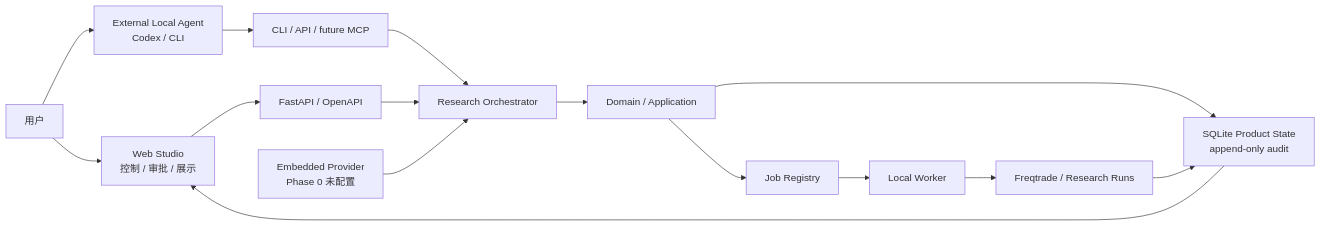
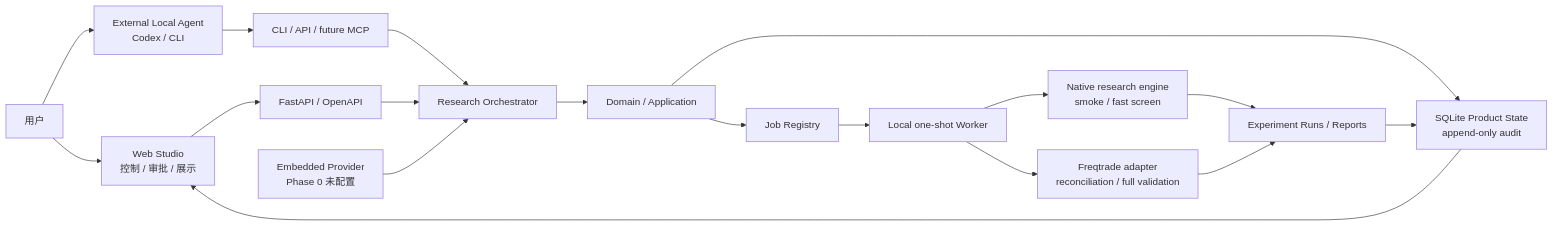
One commit to goodperson888/quant-research-lab changed the first of 4 diagrams in docs/12-系统架构.md. Above: the diagram before and after it, drawn with Mermaid. The commit also changed other lines of this file and 19 other files, not shown here.

Commit message:
Document annual data and research engine boundaries

````diff
--- a/docs/12-系统架构.md
+++ b/docs/12-系统架构.md
@@ -21,17 +21,20 @@
 ```mermaid
 flowchart LR
     USER["用户"] --> WEB["Web Studio<br/>控制 / 审批 / 展示"]
     USER --> AGENT["External Local Agent<br/>Codex / CLI"]
     WEB --> API["FastAPI / OpenAPI"]
     AGENT --> TOOLS["CLI / API / future MCP"]
     TOOLS --> ORCH["Research Orchestrator"]
     API --> ORCH
     PROVIDER["Embedded Provider<br/>Phase 0 未配置"] --> ORCH
     ORCH --> DOMAIN["Domain / Application"]
     DOMAIN --> DB["SQLite Product State<br/>append-only audit"]
     DOMAIN --> JOBS["Job Registry"]
-    JOBS --> WORKER["Local Worker"]
-    WORKER --> RESEARCH["Freqtrade / Research Runs"]
+    JOBS --> WORKER["Local one-shot Worker"]
+    WORKER --> NATIVE["Native research engine<br/>smoke / fast screen"]
+    WORKER --> FT["Freqtrade adapter<br/>reconciliation / full validation"]
+    NATIVE --> RESEARCH["Experiment Runs / Reports"]
+    FT --> RESEARCH
     DB --> WEB
     RESEARCH --> DB
 ```
````
